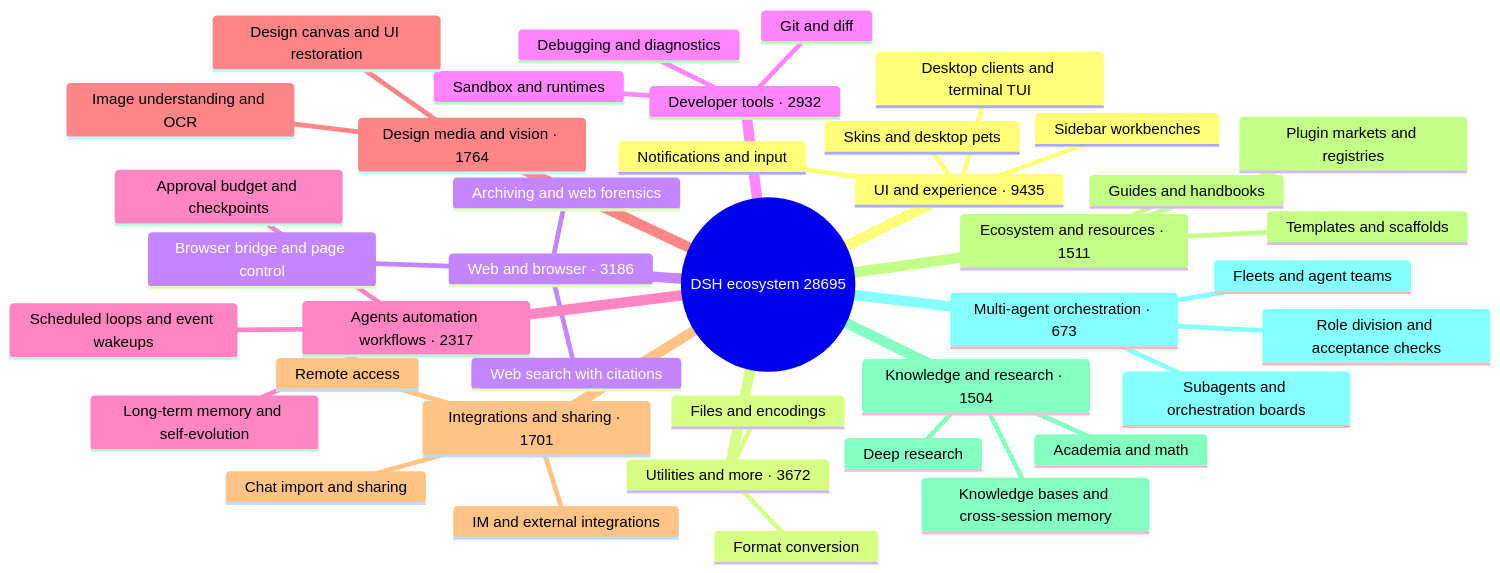
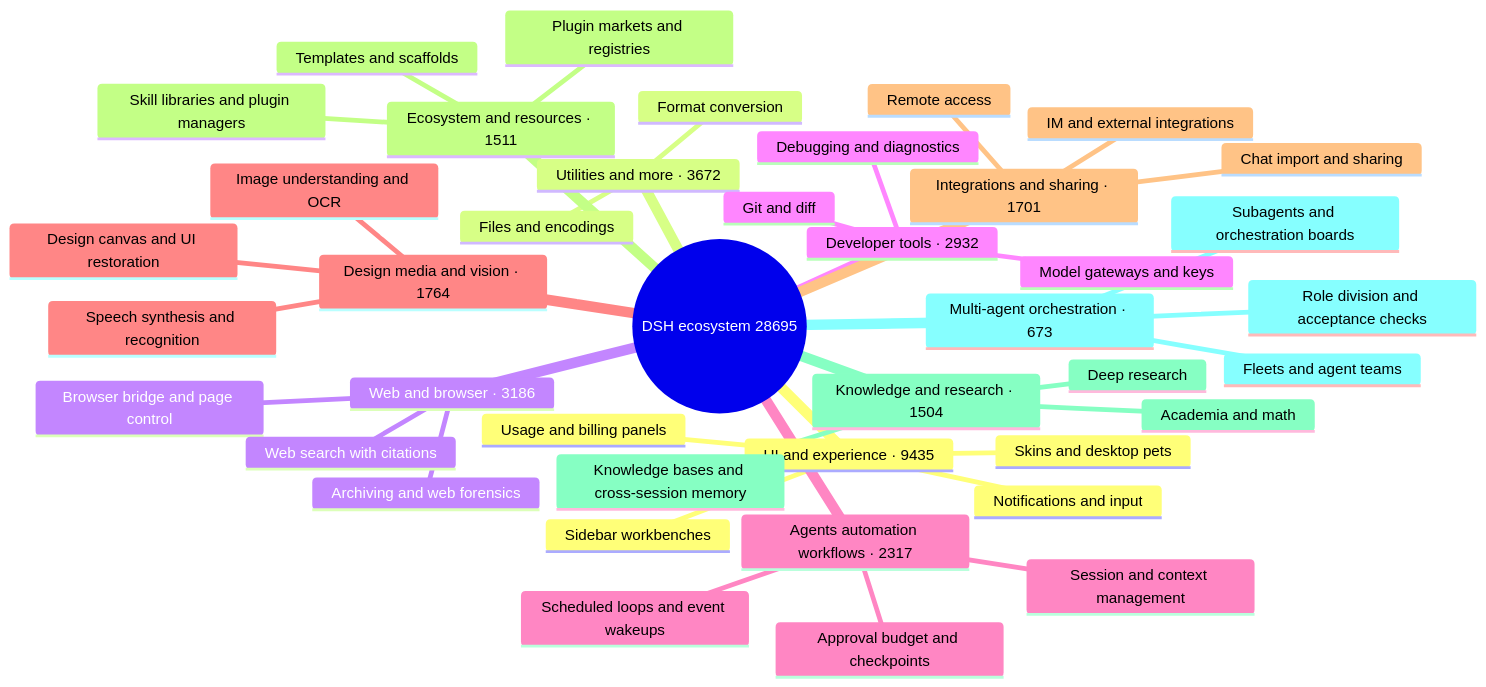
One commit to bruc3van/awesome-dsh-plugin changed the diagram in README_EN.md. Above: the diagram before and after it, drawn with Mermaid. The commit also changed other lines of this file and 4 other files, not shown here.

First line of the commit message:
docs: align the README mindmap bullets with the recalibrated categories

````diff
--- a/README_EN.md
+++ b/README_EN.md
@@ -40,43 +40,44 @@
 ```mermaid
 mindmap
   root((DSH ecosystem 28695))
     UI and experience · 9435
-      Desktop clients and terminal TUI
+      Usage and billing panels
       Sidebar workbenches
       Skins and desktop pets
       Notifications and input
     Utilities and more · 3672
       Files and encodings
       Format conversion
     Web and browser · 3186
       Browser bridge and page control
       Web search with citations
       Archiving and web forensics
     Developer tools · 2932
       Git and diff
-      Sandbox and runtimes
+      Model gateways and keys
       Debugging and diagnostics
     Agents automation workflows · 2317
+      Session and context management
       Scheduled loops and event wakeups
-      Long-term memory and self-evolution
       Approval budget and checkpoints
     Design media and vision · 1764
       Image understanding and OCR
       Design canvas and UI restoration
+      Speech synthesis and recognition
     Integrations and sharing · 1701
       Chat import and sharing
       Remote access
       IM and external integrations
     Ecosystem and resources · 1511
       Plugin markets and registries
+      Skill libraries and plugin managers
       Templates and scaffolds
-      Guides and handbooks
     Knowledge and research · 1504
       Knowledge bases and cross-session memory
       Deep research
       Academia and math
     Multi-agent orchestration · 673
       Subagents and orchestration boards
       Fleets and agent teams
       Role division and acceptance checks
 ```
````
